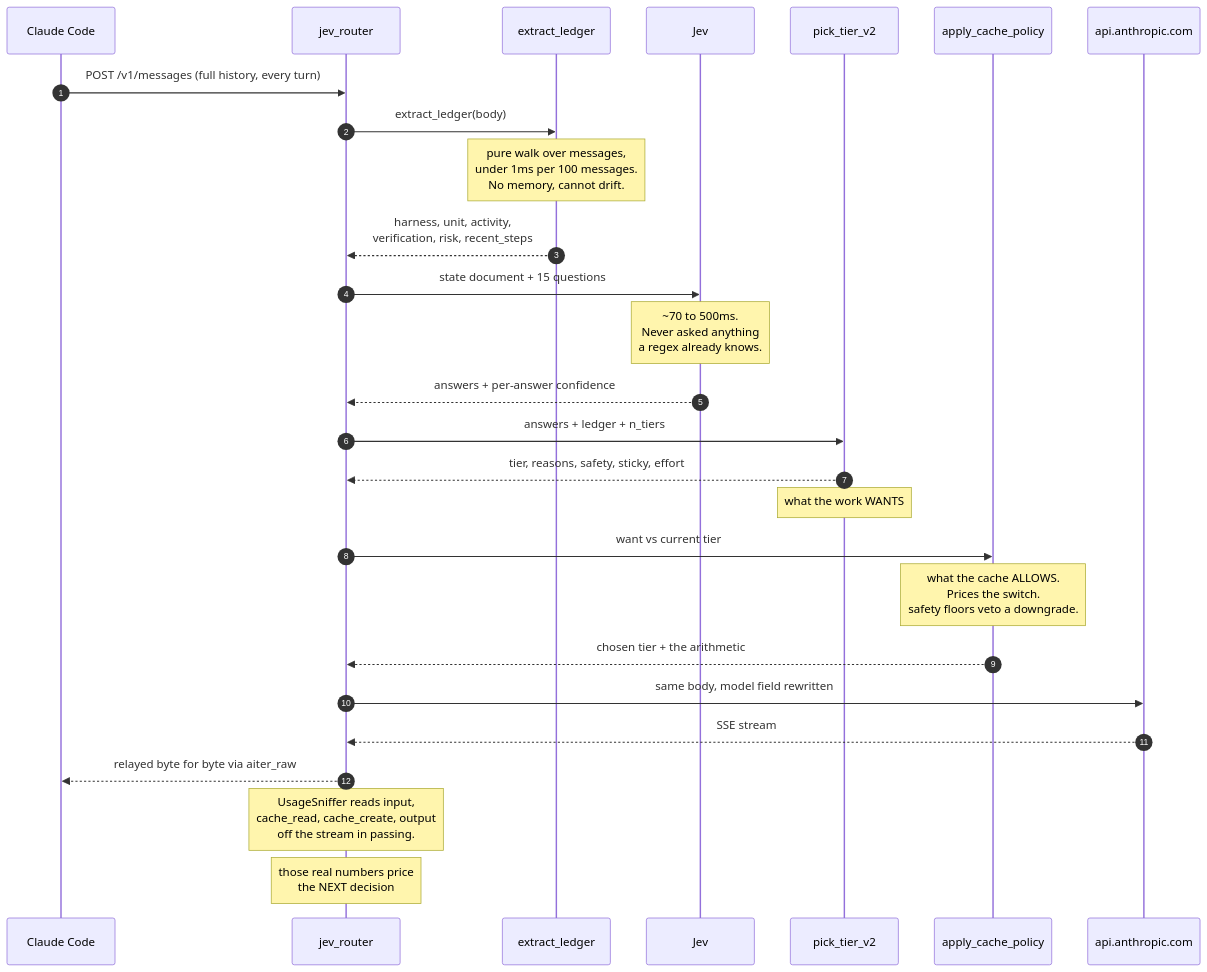
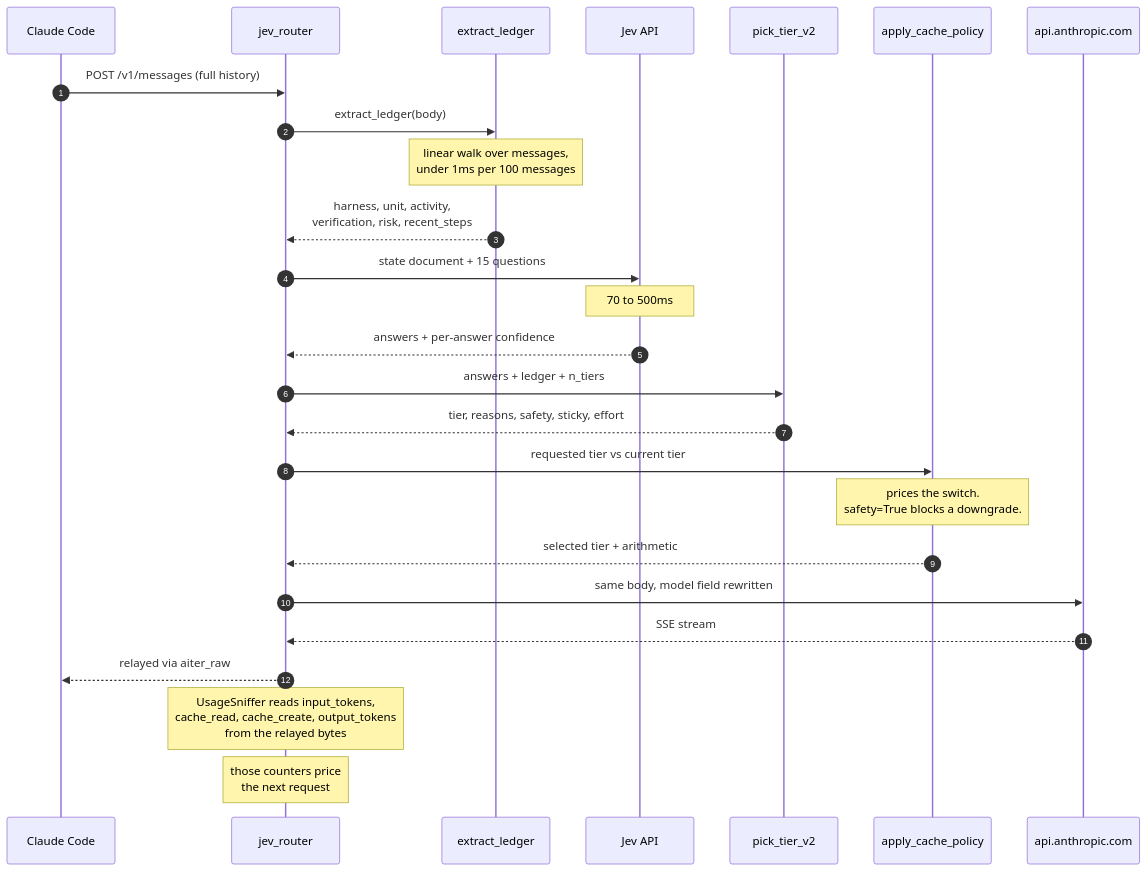
Before and after one commit to tgiridhar/claude-code-jev-smart-router: the second of 4 diagrams in docs/ARCHITECTURE.md, drawn with Mermaid. The commit also changed other lines of this file and 6 other files, not shown here.

````diff
--- a/docs/ARCHITECTURE.md
+++ b/docs/ARCHITECTURE.md
@@ -62,30 +61,29 @@
 ```mermaid
 sequenceDiagram
     autonumber
     participant CC as Claude Code
     participant R as jev_router
     participant L as extract_ledger
-    participant J as Jev
+    participant J as Jev API
     participant P as pick_tier_v2
     participant C as apply_cache_policy
     participant A as api.anthropic.com
 
-    CC->>R: POST /v1/messages (full history, every turn)
+    CC->>R: POST /v1/messages (full history)
     R->>L: extract_ledger(body)
-    Note over L: pure walk over messages,<br/>under 1ms per 100 messages.<br/>No memory, cannot drift.
+    Note over L: linear walk over messages,<br/>under 1ms per 100 messages
     L-->>R: harness, unit, activity,<br/>verification, risk, recent_steps
     R->>J: state document + 15 questions
-    Note over J: ~70 to 500ms.<br/>Never asked anything<br/>a regex already knows.
+    Note over J: 70 to 500ms
     J-->>R: answers + per-answer confidence
     R->>P: answers + ledger + n_tiers
     P-->>R: tier, reasons, safety, sticky, effort
-    Note over P: what the work WANTS
-    R->>C: want vs current tier
-    Note over C: what the cache ALLOWS.<br/>Prices the switch.<br/>safety floors veto a downgrade.
-    C-->>R: chosen tier + the arithmetic
+    R->>C: requested tier vs current tier
+    Note over C: prices the switch.<br/>safety=True blocks a downgrade.
+    C-->>R: selected tier + arithmetic
     R->>A: same body, model field rewritten
     A-->>R: SSE stream
-    R-->>CC: relayed byte for byte via aiter_raw
-    Note over R: UsageSniffer reads input,<br/>cache_read, cache_create, output<br/>off the stream in passing.
-    Note over R: those real numbers price<br/>the NEXT decision
+    R-->>CC: relayed via aiter_raw
+    Note over R: UsageSniffer reads input_tokens,<br/>cache_read, cache_create, output_tokens<br/>from the relayed bytes
+    Note over R: those counters price<br/>the next request
 ```
````
